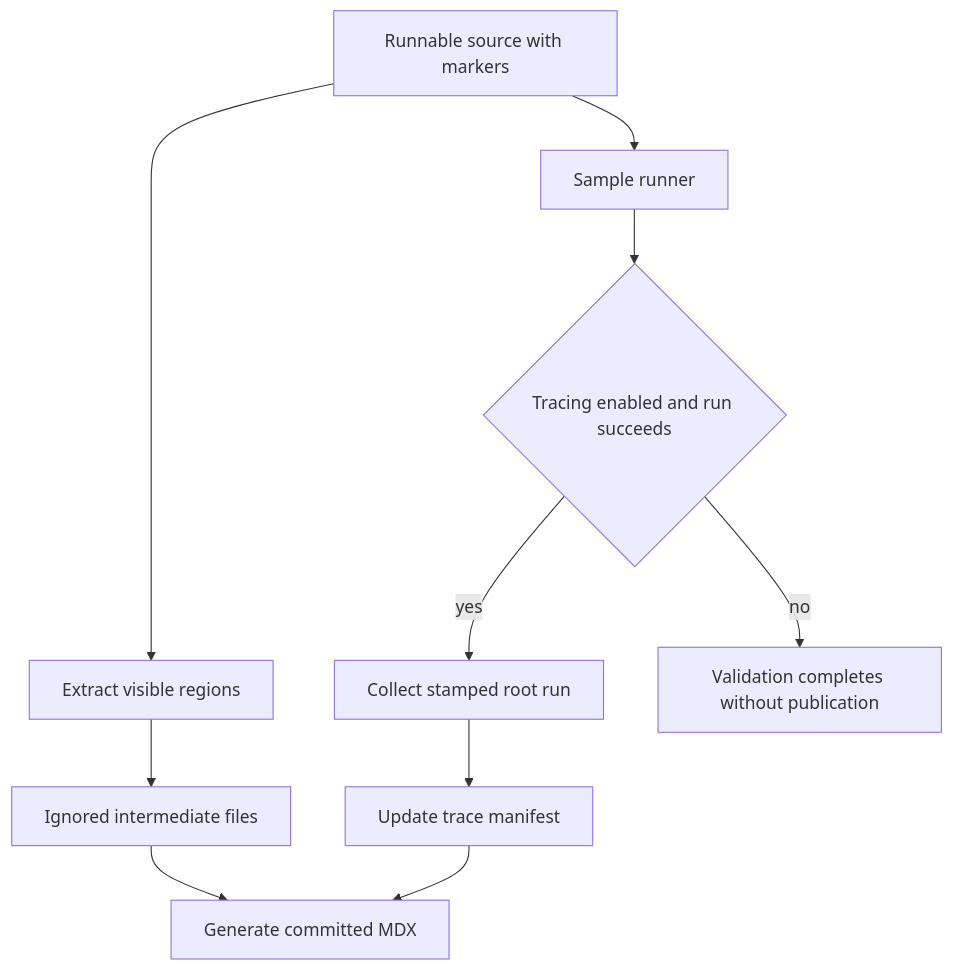
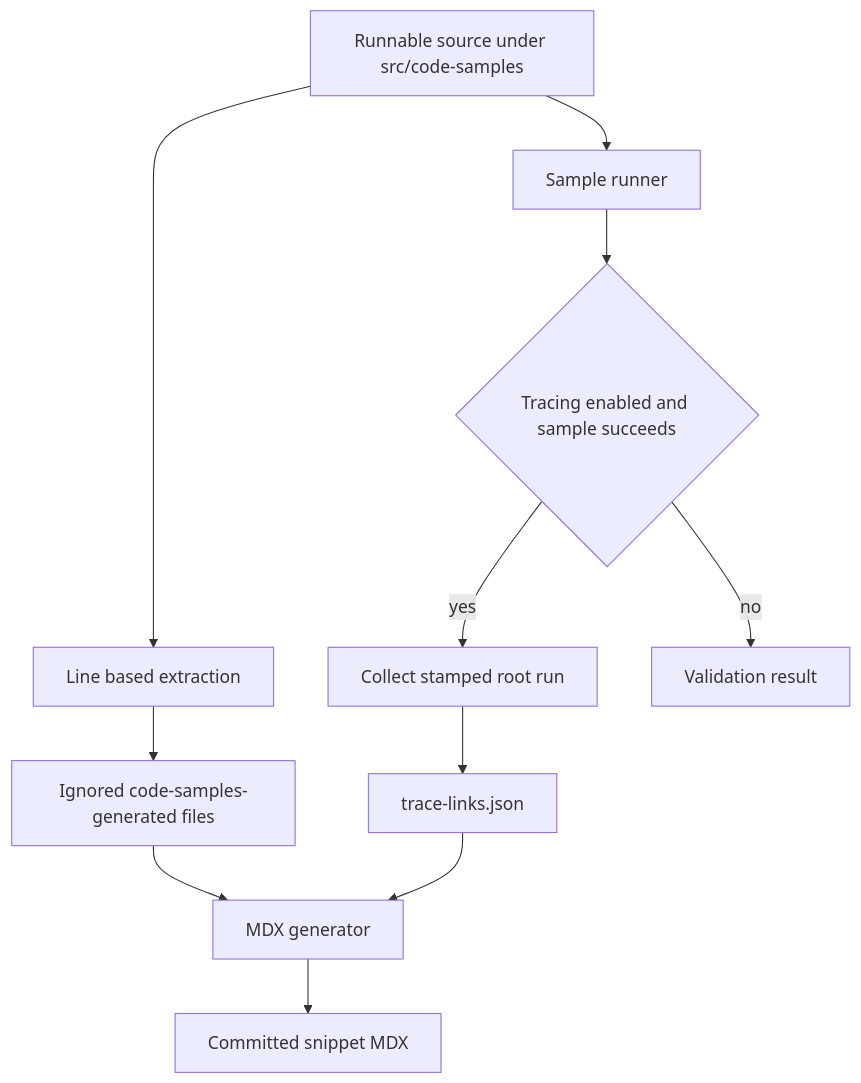
One commit to langchain-ai/docs changed the first of 2 diagrams in openwiki/workflows/code-sample-lifecycle.md. Above: the diagram before and after it, drawn with Mermaid. The commit also changed other lines of this file and 45 other files, not shown here.

````diff
--- a/openwiki/workflows/code-sample-lifecycle.md
+++ b/openwiki/workflows/code-sample-lifecycle.md
@@ -53,12 +51,13 @@
 ```mermaid
 flowchart TD
-  Source["Runnable source with markers"] --> Run["Sample runner"]
-  Source --> Extract["Extract visible regions"]
-  Extract --> Intermediate["Ignored intermediate files"]
-  Intermediate --> Render["Generate committed MDX"]
-  Run --> Decision{"Tracing enabled and run succeeds"}
+  Source["Runnable source under src/code-samples"] --> Runner["Sample runner"]
+  Source --> Extract["Line based extraction"]
+  Extract --> Intermediate["Ignored code-samples-generated files"]
+  Intermediate --> Render["MDX generator"]
+  Render --> MDX["Committed snippet MDX"]
+  Runner --> Decision{"Tracing enabled and sample succeeds"}
   Decision -->|"yes"| Collect["Collect stamped root run"]
-  Collect --> Manifest["Update trace manifest"]
+  Collect --> Manifest["trace-links.json"]
   Manifest --> Render
-  Decision -->|"no"| Complete["Validation completes without publication"]
+  Decision -->|"no"| Result["Validation result"]
 ```
````
